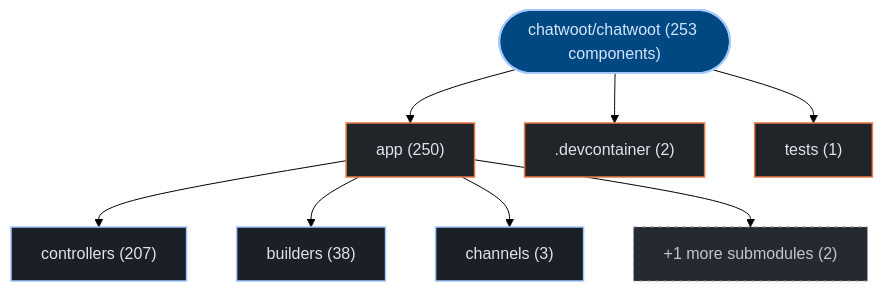
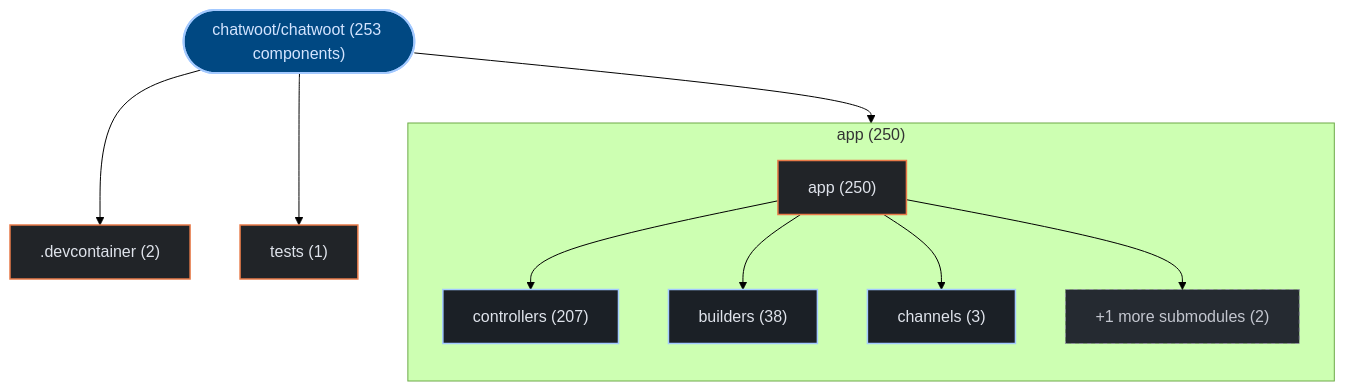
Before and after one commit to kumarshaz/atruss-code-atlas: the first of 3 diagrams in exports/latest/reports/chatwoot-chatwoot-report.md, drawn with Mermaid (forest theme). The commit also changed 178 other files, not shown here.

Commit message:
feat(ui,mermaid): upgrade to mermaid v12 + ELK layout, add orgs-summary + pagination, subgraph building blocks, fix tab alignment

````diff
--- a/exports/latest/reports/chatwoot-chatwoot-report.md
+++ b/exports/latest/reports/chatwoot-chatwoot-report.md
@@ -42,25 +42,28 @@
 ```mermaid
 graph TD;
   classDef atlasRoot fill:#004882,stroke:#a3c9ff,stroke-width:2px,color:#d3e4ff
   classDef atlasCategory fill:#212428,stroke:#E87A48,stroke-width:1.5px,color:#dfe3eb
   classDef atlasWorkflow fill:#1b2026,stroke:#a3c9ff,stroke-width:1.5px,color:#dfe3eb
   classDef atlasJob fill:#171c22,stroke:#8d9199,stroke-width:1px,color:#dfe3eb
   classDef atlasTarget fill:#005227,stroke:#8bd99b,stroke-width:1.5px,color:#a7f6b6
   classDef atlasAlert fill:#93000a,stroke:#ffb4ab,stroke-width:1.5px,color:#ffdad6
   classDef atlasMore fill:#252a31,stroke:#8d9199,stroke-dasharray:4 4,color:#c3c6cf
     repo_root(["chatwoot/chatwoot (253 components)"]):::atlasRoot
-    dir_0_app["app (250)"]:::atlasCategory
+    subgraph sg_dir_0_app["app (250)"]
+      direction TB
+      dir_0_app["app (250)"]:::atlasCategory
+      sub_0_0_controllers["controllers (207)"]:::atlasWorkflow
+      dir_0_app --> sub_0_0_controllers
+      sub_0_1_builders["builders (38)"]:::atlasWorkflow
+      dir_0_app --> sub_0_1_builders
+      sub_0_2_channels["channels (3)"]:::atlasWorkflow
+      dir_0_app --> sub_0_2_channels
+      sub_0_more["+1 more submodules (2)"]:::atlasMore
+      dir_0_app --> sub_0_more
+    end
     repo_root --> dir_0_app
-    sub_0_0_controllers["controllers (207)"]:::atlasWorkflow
-    dir_0_app --> sub_0_0_controllers
-    sub_0_1_builders["builders (38)"]:::atlasWorkflow
-    dir_0_app --> sub_0_1_builders
-    sub_0_2_channels["channels (3)"]:::atlasWorkflow
-    dir_0_app --> sub_0_2_channels
-    sub_0_more["+1 more submodules (2)"]:::atlasMore
-    dir_0_app --> sub_0_more
     dir_1__devcontainer[".devcontainer (2)"]:::atlasCategory
     repo_root --> dir_1__devcontainer
     dir_2_tests["tests (1)"]:::atlasCategory
     repo_root --> dir_2_tests
 ```
````
